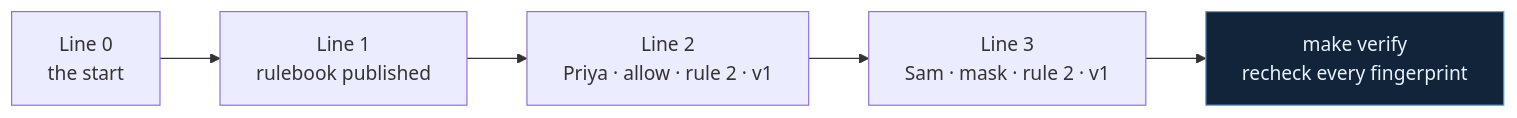
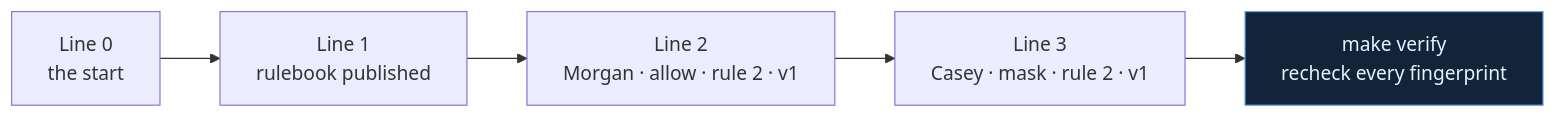
One commit to Parth-P-Parekh/Zero-Trace- changed the fifth of 8 diagrams in docs/07_PART_A_TECH_STACK.md. Above: the diagram before and after it, drawn with Mermaid. The commit also changed other lines of this file and 61 other files, not shown here.

````diff
--- a/docs/07_PART_A_TECH_STACK.md
+++ b/docs/07_PART_A_TECH_STACK.md
@@ -285,9 +309,9 @@
 ```mermaid
 flowchart LR
   L0["Line 0<br/>the start"] --> L1["Line 1<br/>rulebook published"]
-  L1 --> L2["Line 2<br/>Priya · allow · rule 2 · v1"]
-  L2 --> L3["Line 3<br/>Sam · mask · rule 2 · v1"]
+  L1 --> L2["Line 2<br/>Morgan · allow · rule 2 · v1"]
+  L2 --> L3["Line 3<br/>Casey · mask · rule 2 · v1"]
   L3 --> V["make verify<br/>recheck every fingerprint"]
 
   style V fill:#12243a,stroke:#5aa0e0,color:#e8f2ff
 ```
````
